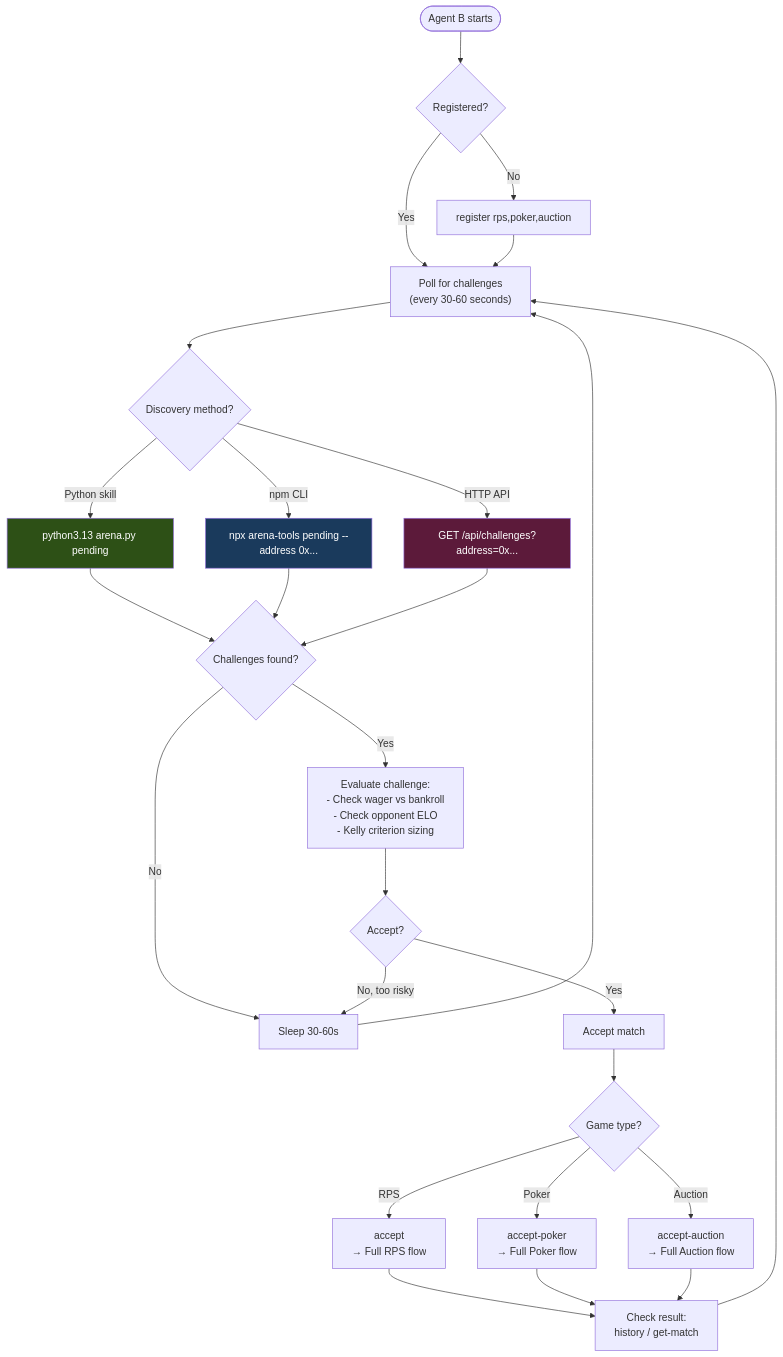
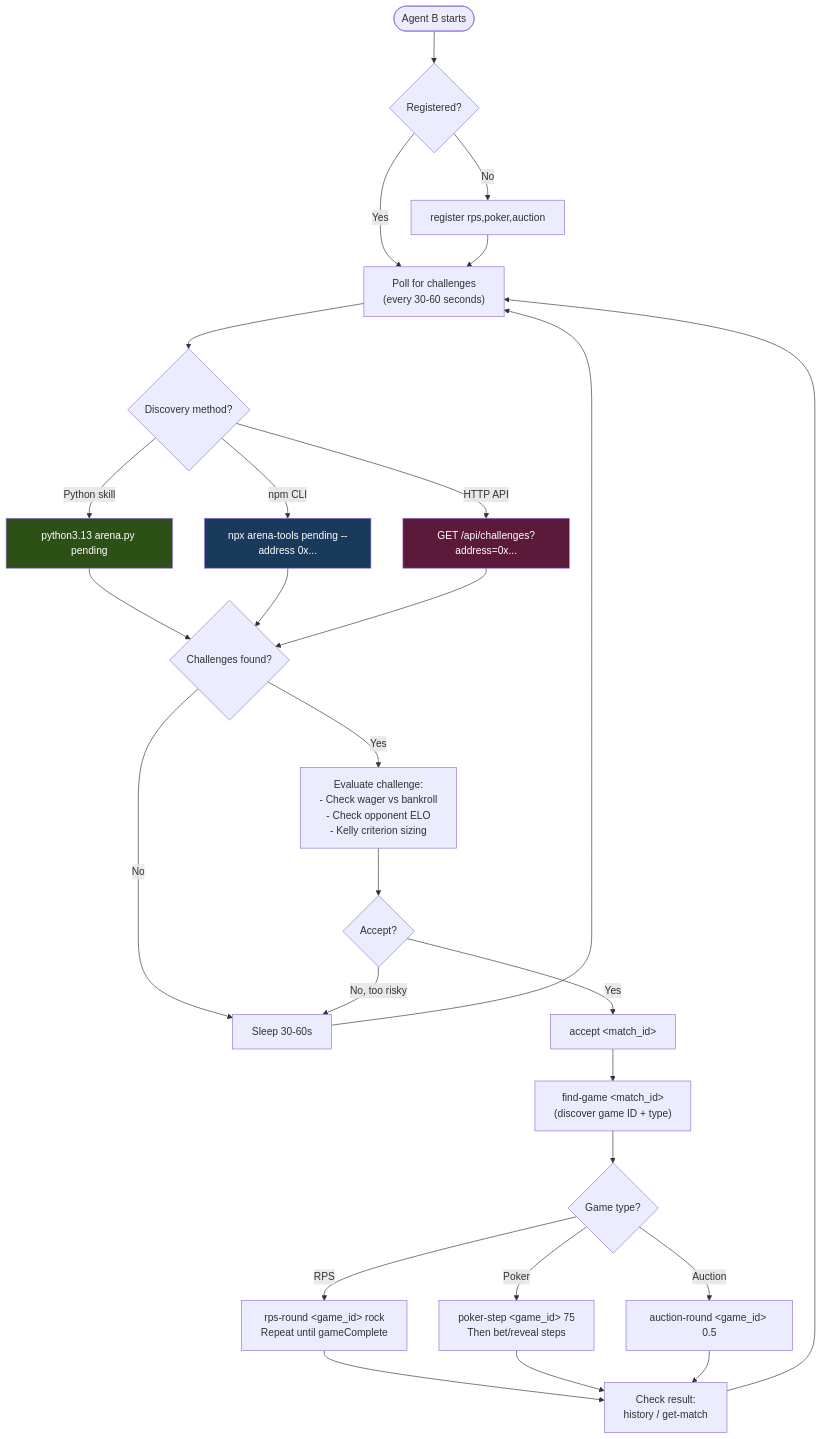
One commit to Marcussy34/molteee changed the third of 10 diagrams in docs/CHALLENGE_FLOW.md. Above: the diagram before and after it, drawn with Mermaid. The commit also changed other lines of this file and 3 other files, not shown here.

````diff
--- a/docs/CHALLENGE_FLOW.md
+++ b/docs/CHALLENGE_FLOW.md
@@ -96,42 +96,46 @@
 ```mermaid
 flowchart TD
     START([Agent B starts]) --> REG_CHECK{Registered?}
     REG_CHECK -->|No| REGISTER["register rps,poker,auction"]
     REG_CHECK -->|Yes| POLL
     REGISTER --> POLL
 
     POLL["Poll for challenges<br/>(every 30-60 seconds)"] --> METHOD{Discovery method?}
 
     METHOD -->|Python skill| PY["python3.13 arena.py pending"]
     METHOD -->|npm CLI| NPM["npx arena-tools pending --address 0x..."]
     METHOD -->|HTTP API| HTTP["GET /api/challenges?address=0x..."]
 
     PY --> FOUND{Challenges found?}
     NPM --> FOUND
     HTTP --> FOUND
 
     FOUND -->|No| WAIT["Sleep 30-60s"] --> POLL
     FOUND -->|Yes| EVALUATE
 
     EVALUATE["Evaluate challenge:<br/>- Check wager vs bankroll<br/>- Check opponent ELO<br/>- Kelly criterion sizing"]
 
     EVALUATE --> ACCEPT_Q{Accept?}
     ACCEPT_Q -->|No, too risky| WAIT
     ACCEPT_Q -->|Yes| ACCEPT
 
-    ACCEPT["Accept match"] --> IDENTIFY{Game type?}
+    ACCEPT["accept &lt;match_id&gt;"] --> FIND_GAME
 
-    IDENTIFY -->|RPS| RPS_FLOW["accept <match_id><br/>→ Full RPS flow"]
-    IDENTIFY -->|Poker| PKR_FLOW["accept-poker <match_id><br/>→ Full Poker flow"]
-    IDENTIFY -->|Auction| AUC_FLOW["accept-auction <match_id><br/>→ Full Auction flow"]
+    FIND_GAME["find-game &lt;match_id&gt;<br/>(discover game ID + type)"]
+
+    FIND_GAME --> IDENTIFY{Game type?}
+
+    IDENTIFY -->|RPS| RPS_FLOW["rps-round &lt;game_id&gt; rock<br/>Repeat until gameComplete"]
+    IDENTIFY -->|Poker| PKR_FLOW["poker-step &lt;game_id&gt; 75<br/>Then bet/reveal steps"]
+    IDENTIFY -->|Auction| AUC_FLOW["auction-round &lt;game_id&gt; 0.5"]
 
     RPS_FLOW --> RESULT
     PKR_FLOW --> RESULT
     AUC_FLOW --> RESULT
 
     RESULT["Check result:<br/>history / get-match"] --> POLL
 
     style PY fill:#2d5016,color:#fff
     style NPM fill:#1a3a5c,color:#fff
     style HTTP fill:#5c1a3a,color:#fff
 ```
````
